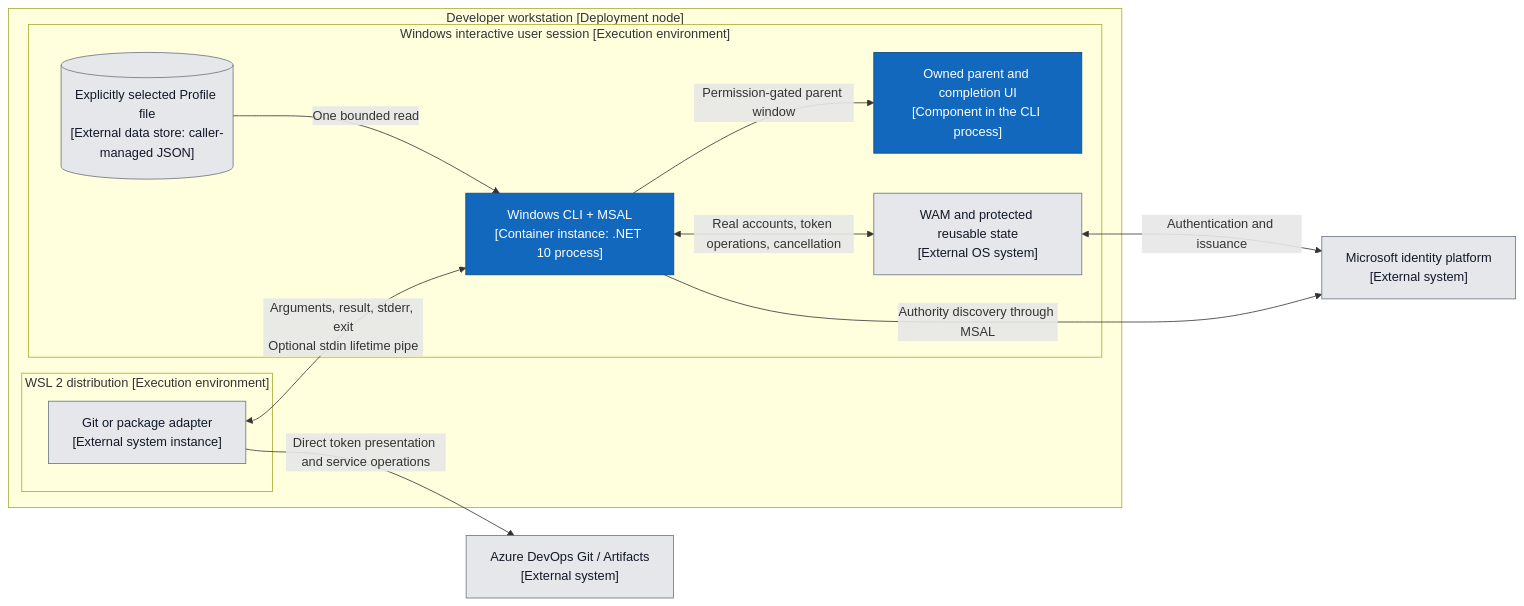
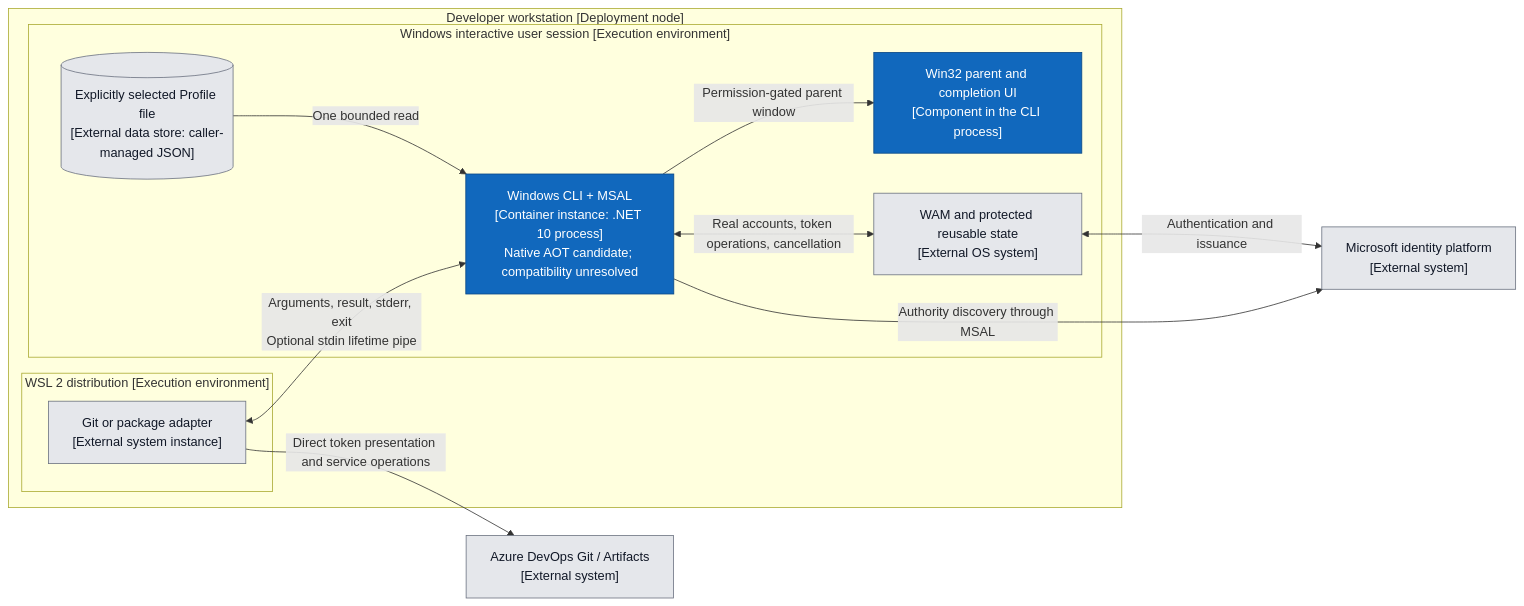
Before and after one commit to hcoona/microsoft-authentication-cli: the first of 4 diagrams in docs/designs/windows-ado-authentication.md, drawn with Mermaid. The commit also changed other lines of this file and 5 other files, not shown here.

First line of the commit message:
docs(design): assess Windows Native AOT and Win32 hosting

````diff
--- a/docs/designs/windows-ado-authentication.md
+++ b/docs/designs/windows-ado-authentication.md
@@ -38,27 +107,27 @@
 ```mermaid
 flowchart LR
     subgraph workstation["Developer workstation [Deployment node]"]
         subgraph wsl["WSL 2 distribution [Execution environment]"]
             caller["Git or package adapter<br/>[External system instance]"]
         end
         subgraph windows["Windows interactive user session [Execution environment]"]
-            cli["Windows CLI + MSAL<br/>[Container instance: .NET 10 process]"]
+            cli["Windows CLI + MSAL<br/>[Container instance: .NET 10 process]<br/>Native AOT candidate; compatibility unresolved"]
             profile[("Explicitly selected Profile file<br/>[External data store: caller-managed JSON]")]
-            ui["Owned parent and completion UI<br/>[Component in the CLI process]"]
+            ui["Win32 parent and completion UI<br/>[Component in the CLI process]"]
             wam["WAM and protected reusable state<br/>[External OS system]"]
         end
     end
     identity["Microsoft identity platform<br/>[External system]"]
     resource["Azure DevOps Git / Artifacts<br/>[External system]"]
     caller <-->|Arguments, result, stderr, exit<br/>Optional stdin lifetime pipe| cli
     profile -->|One bounded read| cli
     cli -->|Permission-gated parent window| ui
     cli <-->|Real accounts, token operations, cancellation| wam
     wam <-->|Authentication and issuance| identity
     cli -->|Authority discovery through MSAL| identity
     caller -->|Direct token presentation and service operations| resource
     classDef owned fill:#1168bd,color:#fff,stroke:#0b4884
     classDef external fill:#e5e7eb,color:#111827,stroke:#6b7280
     class cli,ui owned
     class caller,profile,wam,identity,resource external
 ```
````
